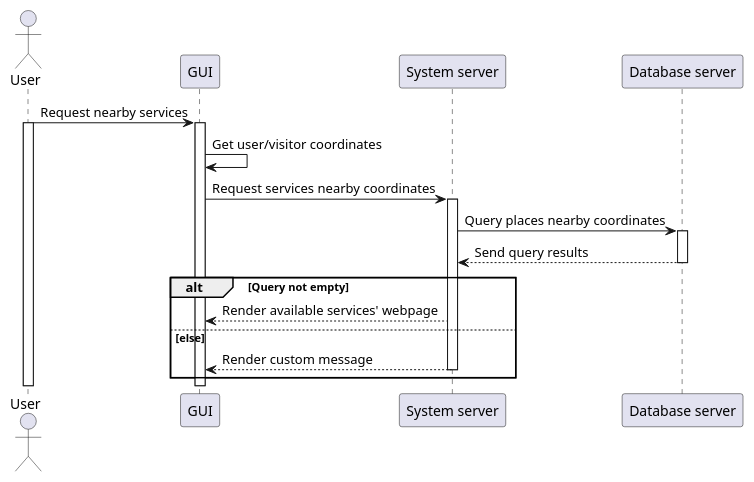
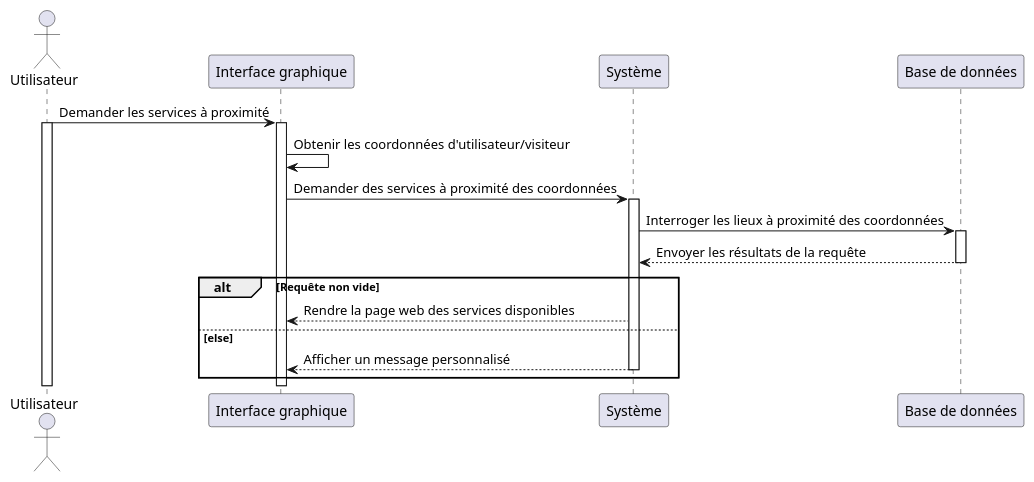
Before and after one commit to techguyseli/touristy: the first of 6 diagrams in rapport/uml/plantuml/sequence.pu, drawn with PlantUML. The commit also changed other lines of this file and 10 other files, not shown here.

Commit message:
fixed all uml

```diff
--- a/rapport/uml/plantuml/sequence.pu
+++ b/rapport/uml/plantuml/sequence.pu
@@ -1,23 +1,23 @@
 @startuml nearby_seq
-actor User as usr
-participant "GUI" as fr
-participant "System server" as sys
-participant "Database server" as db
-usr -> fr : Request nearby services
+actor Utilisateur as usr
+participant "Interface graphique" as fr
+participant "Système" as sys
+participant "Base de données" as db
+usr -> fr : Demander les services à proximité
 activate usr
 activate fr
-fr -> fr : Get user/visitor coordinates
-fr -> sys : Request services nearby coordinates
+fr -> fr : Obtenir les coordonnées d'utilisateur/visiteur
+fr -> sys : Demander des services à proximité des coordonnées
 activate sys
-sys -> db : Query places nearby coordinates
+sys -> db : Interroger les lieux à proximité des coordonnées
 activate db
-db --> sys : Send query results
+db --> sys : Envoyer les résultats de la requête
 deactivate db
-alt Query not empty
-    sys --> fr : Render available services' webpage
+alt Requête non vide
+    sys --> fr : Rendre la page web des services disponibles
 else else
-    sys --> fr : Render custom message
+    sys --> fr : Afficher un message personnalisé
     deactivate sys
 end
 deactivate sys
 @enduml
```
